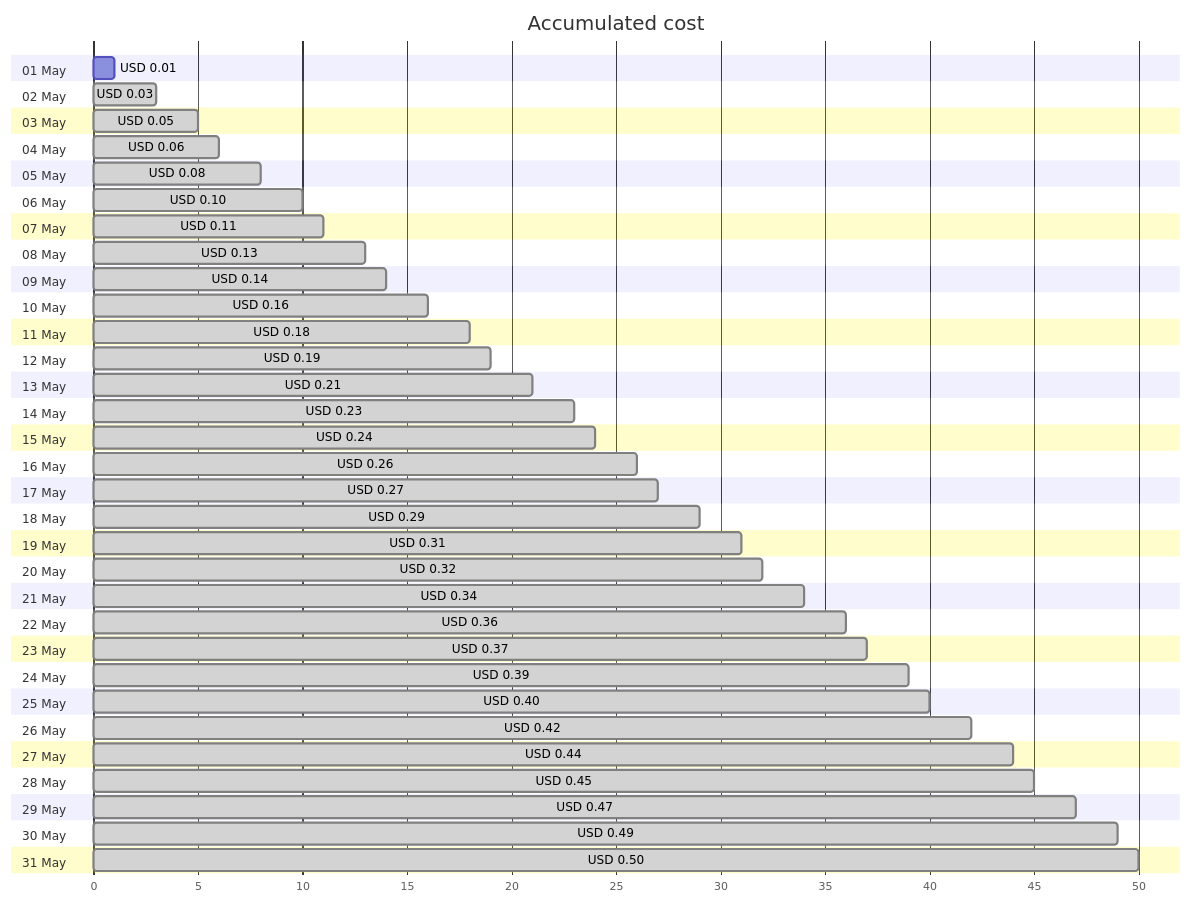
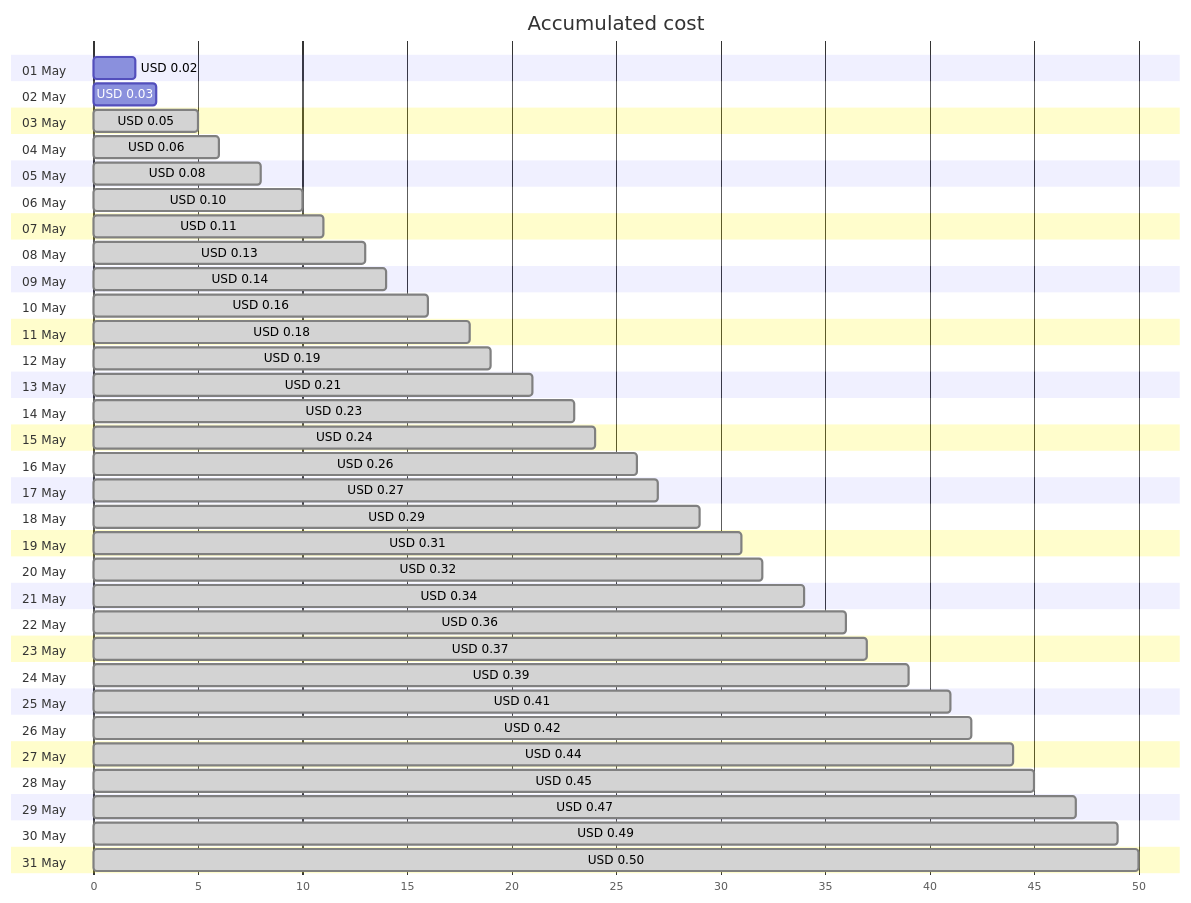
The first of 4 diagrams in cost-reports/personal-dns/jpatrickfulton.dev.md (jpfulton/azure-personal-reports), drawn with Mermaid before and after one commit. The commit also changed other lines of this file and 2 other files, not shown here.

````diff
--- a/cost-reports/personal-dns/jpatrickfulton.dev.md
+++ b/cost-reports/personal-dns/jpatrickfulton.dev.md
@@ -20,68 +20,68 @@
 ```mermaid
 gantt
    title Accumulated cost
    dateFormat  X
    axisFormat %s
    section 01 May
-   USD 0.01 :0, 1
+   USD 0.02 :0, 2
    section 02 May
-   USD 0.03 : done, 0, 3
+   USD 0.03 :0, 3
    section 03 May
    USD 0.05 : done, 0, 5
    section 04 May
    USD 0.06 : done, 0, 6
    section 05 May
    USD 0.08 : done, 0, 8
    section 06 May
    USD 0.10 : done, 0, 10
    section 07 May
    USD 0.11 : done, 0, 11
    section 08 May
    USD 0.13 : done, 0, 13
    section 09 May
    USD 0.14 : done, 0, 14
    section 10 May
    USD 0.16 : done, 0, 16
    section 11 May
    USD 0.18 : done, 0, 18
    section 12 May
    USD 0.19 : done, 0, 19
    section 13 May
    USD 0.21 : done, 0, 21
    section 14 May
    USD 0.23 : done, 0, 23
    section 15 May
    USD 0.24 : done, 0, 24
    section 16 May
    USD 0.26 : done, 0, 26
    section 17 May
    USD 0.27 : done, 0, 27
    section 18 May
    USD 0.29 : done, 0, 29
    section 19 May
    USD 0.31 : done, 0, 31
    section 20 May
    USD 0.32 : done, 0, 32
    section 21 May
    USD 0.34 : done, 0, 34
    section 22 May
    USD 0.36 : done, 0, 36
    section 23 May
    USD 0.37 : done, 0, 37
    section 24 May
    USD 0.39 : done, 0, 39
    section 25 May
-   USD 0.40 : done, 0, 40
+   USD 0.41 : done, 0, 41
    section 26 May
    USD 0.42 : done, 0, 42
    section 27 May
    USD 0.44 : done, 0, 44
    section 28 May
    USD 0.45 : done, 0, 45
    section 29 May
    USD 0.47 : done, 0, 47
    section 30 May
    USD 0.49 : done, 0, 49
    section 31 May
    USD 0.50 : done, 0, 50
 ```
````
